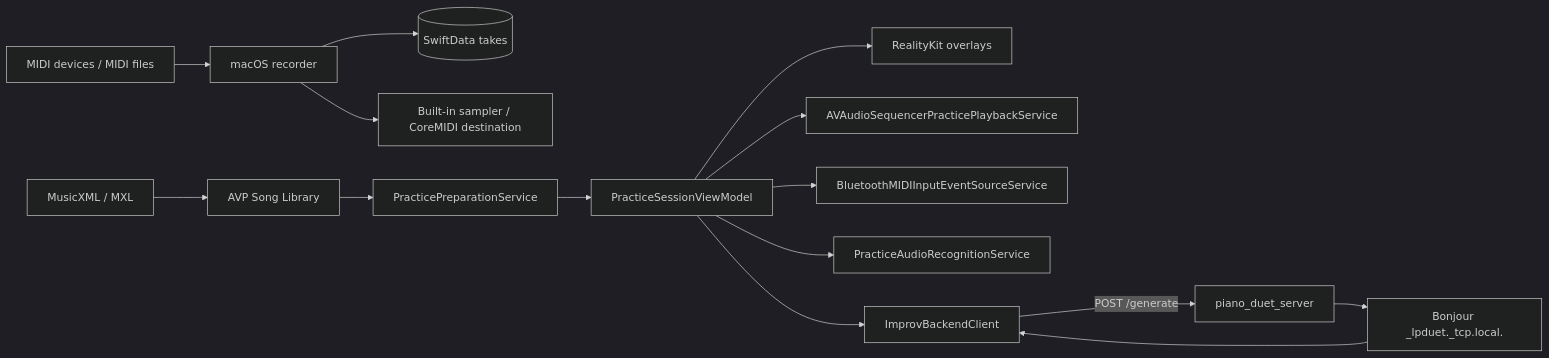
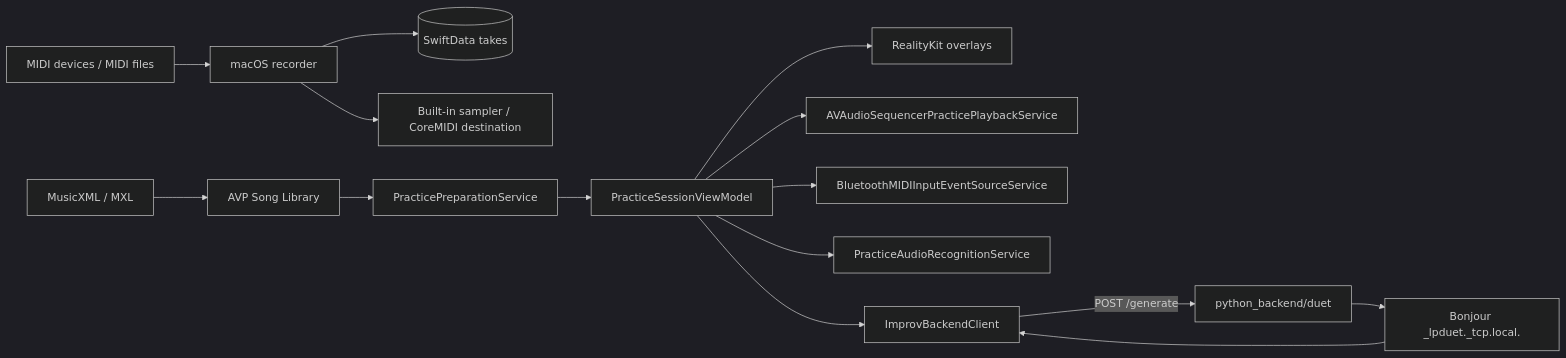
One commit to chiimagnus/HappyPianist changed the first of 4 diagrams in docs/architecture.md. Above: the diagram before and after it, drawn with Mermaid (dark theme). The commit also changed other lines of this file and 35 other files, not shown here.

Commit message:
Refactor python backend workspace

````diff
--- a/docs/architecture.md
+++ b/docs/architecture.md
@@ -5,20 +5,20 @@
 ```mermaid
 flowchart LR
   MIDI[MIDI devices / MIDI files] --> MAC[macOS recorder]
   MAC --> STORE[(SwiftData takes)]
   MAC --> OUT[Built-in sampler / CoreMIDI destination]
 
   XML[MusicXML / MXL] --> LIB[AVP Song Library]
   LIB --> PREP[PracticePreparationService]
   PREP --> SESSION[PracticeSessionViewModel]
 
   SESSION --> AR[RealityKit overlays]
   SESSION --> AUDIO[AVAudioSequencerPracticePlaybackService]
   SESSION --> BLE[BluetoothMIDIInputEventSourceService]
   SESSION --> MIC[PracticeAudioRecognitionService]
 
   SESSION --> IM[ImprovBackendClient]
-  PY2[piano_duet_server] --> BJ2[Bonjour _lpduet._tcp.local.]
+  PY2[python_backend/duet] --> BJ2[Bonjour _lpduet._tcp.local.]
   BJ2 --> IM
   IM -->|POST /generate| PY2
 ```
````
